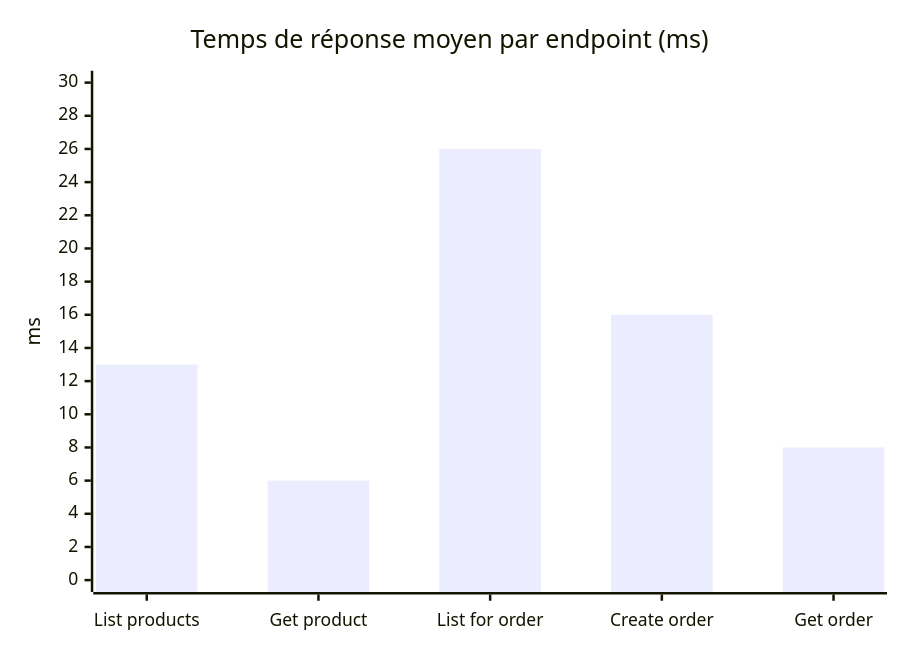
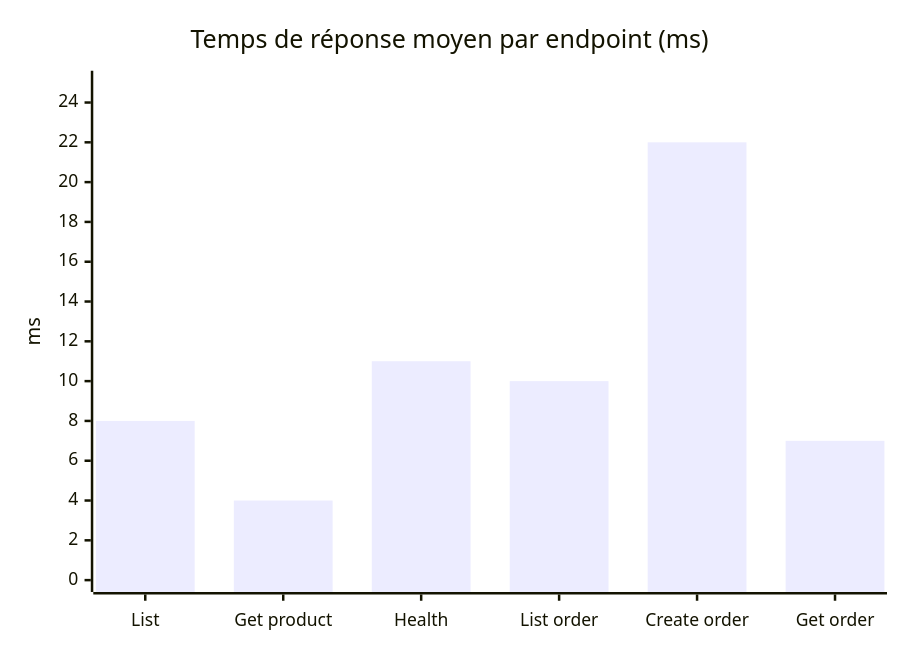
The second of 2 diagrams in README.md (Moustapha-Ndoye-dev/e-commerce-api), drawn with Mermaid before and after one commit. The commit also changed other lines of this file and 11 other files, not shown here.

````diff
--- a/README.md
+++ b/README.md
@@ -504,7 +538,7 @@
 ```mermaid
 xychart-beta
     title "Temps de réponse moyen par endpoint (ms)"
-    x-axis ["List products", "Get product", "List for order", "Create order", "Get order"]
-    y-axis "ms" 0 --> 30
-    bar [13, 6, 26, 16, 8]
+    x-axis ["List", "Get product", "Health", "List order", "Create order", "Get order"]
+    y-axis "ms" 0 --> 25
+    bar [8, 4, 11, 10, 22, 7]
 ```
````
